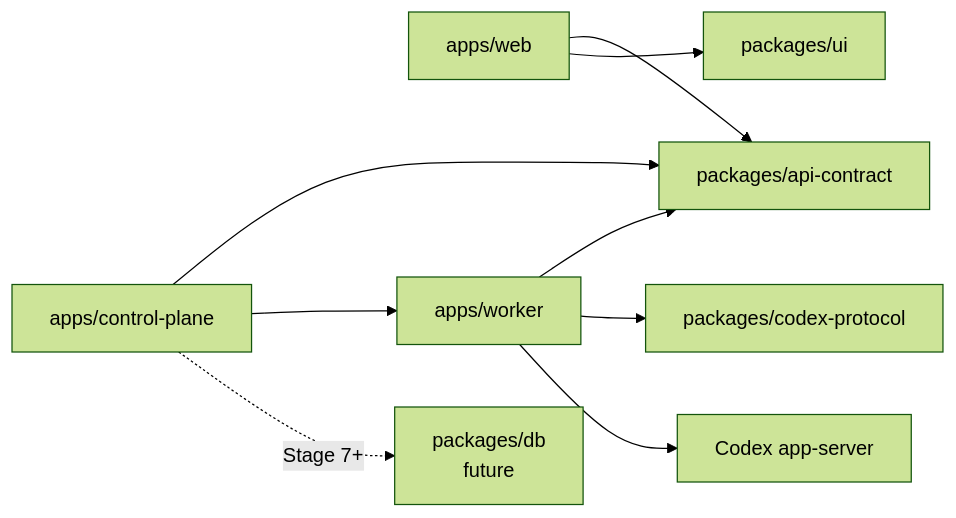
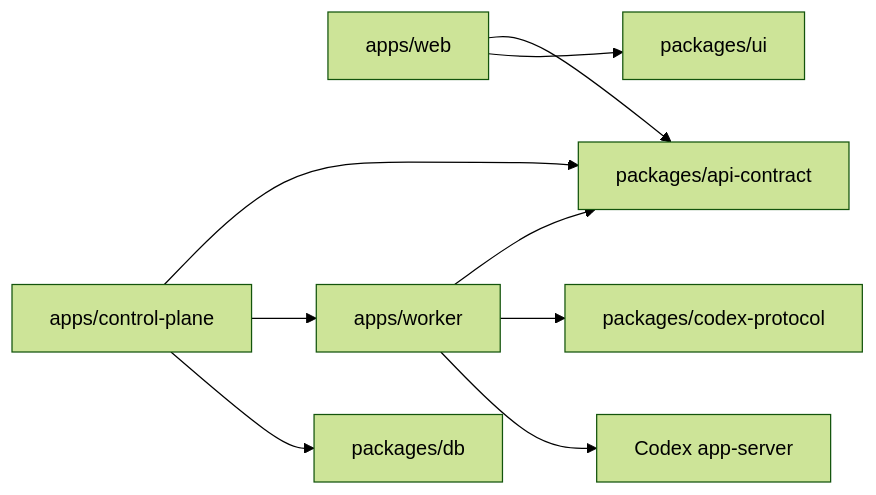
Before and after one commit to VintLin/codex-remote: the diagram in PROJECT_STRUCTURE.md, drawn with Mermaid (forest theme). The commit also changed other lines of this file and 23 other files, not shown here.

````diff
--- a/PROJECT_STRUCTURE.md
+++ b/PROJECT_STRUCTURE.md
@@ -233,20 +239,20 @@
 ```mermaid
 flowchart LR
   Web["apps/web"]
   Worker["apps/worker"]
   CP["apps/control-plane"]
   API["packages/api-contract"]
   Protocol["packages/codex-protocol"]
   UI["packages/ui"]
-  DB["packages/db<br/>future"]
+  DB["packages/db"]
   AppServer["Codex app-server"]
 
   Web --> API
   Web --> UI
   Worker --> API
   Worker --> Protocol
   Worker --> AppServer
   CP --> API
   CP --> Worker
-  CP -. Stage 7+ .-> DB
+  CP --> DB
 ```
````
